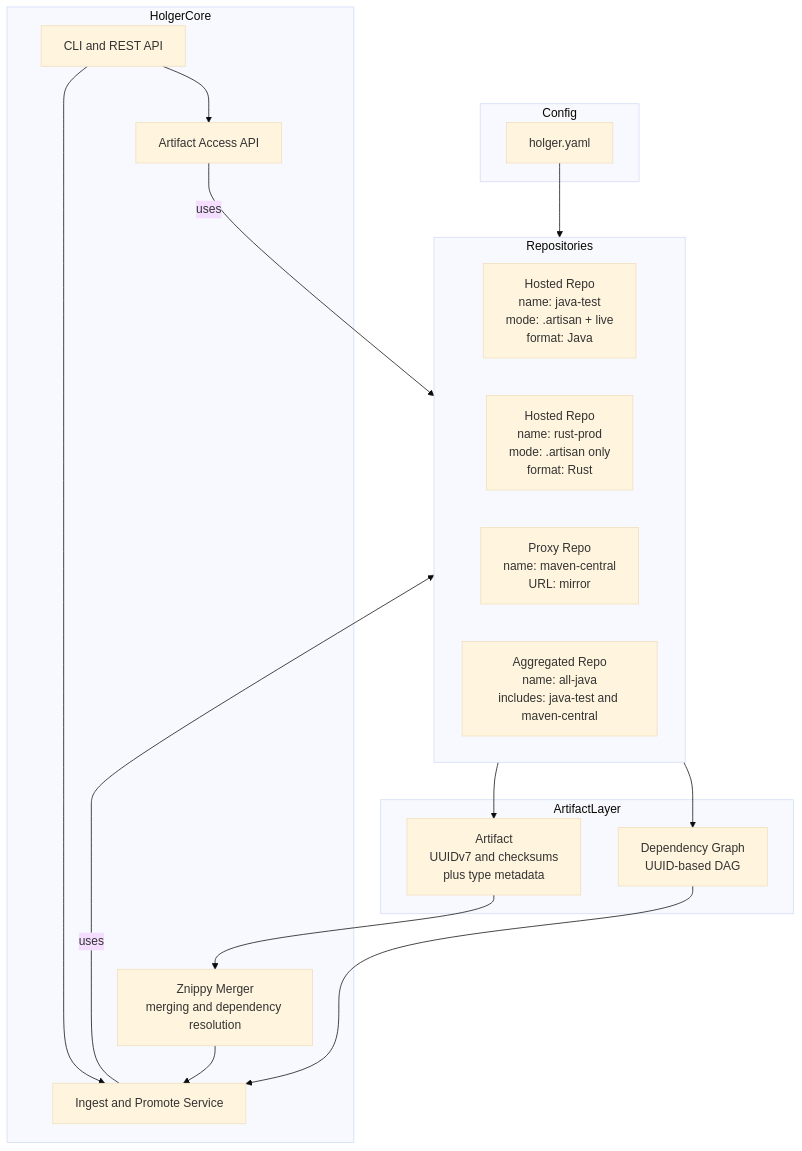
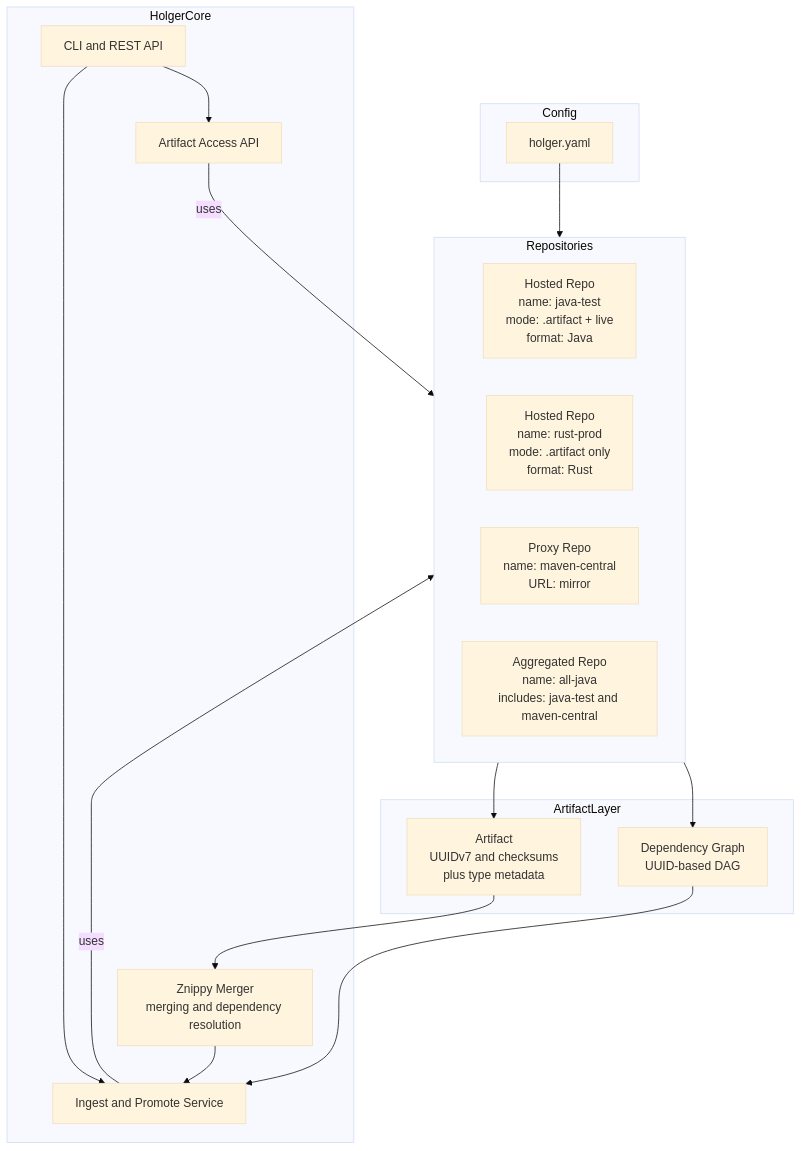
One commit to Ignalina/holger changed the second of 2 diagrams in README.md. Above: the diagram before and after it, drawn with Mermaid (base theme). The commit also changed other lines of this file and 5 other files, not shown here.

````diff
--- a/README.md
+++ b/README.md
@@ -100,44 +100,44 @@
 ```mermaid
 
 flowchart TD
 
 %% Konfiguration
 subgraph Config
     CFG[holger.yaml]
 end
 
 %% Repos
 subgraph Repositories
-    Hosted1[Hosted Repo\nname: java-test\nmode: .artisan + live\nformat: Java]
-    Hosted2[Hosted Repo\nname: rust-prod\nmode: .artisan only\nformat: Rust]
+    Hosted1[Hosted Repo\nname: java-test\nmode: .artifact + live\nformat: Java]
+    Hosted2[Hosted Repo\nname: rust-prod\nmode: .artifact only\nformat: Rust]
     Proxy1[Proxy Repo\nname: maven-central\nURL: mirror]
     Agg1[Aggregated Repo\nname: all-java\nincludes: java-test and maven-central]
 end
 
 %% Komponenter
 subgraph HolgerCore
     CLI[CLI and REST API]
     Promote[Ingest and Promote Service]
     Access[Artifact Access API]
     Merge[Znippy Merger\nmerging and dependency resolution]
 end
 
 %% Metadata
 subgraph ArtifactLayer
     Artifact[Artifact\nUUIDv7 and checksums\nplus type metadata]
     DepGraph[Dependency Graph\nUUID-based DAG]
 end
 
 %% Flöden
 CLI --> Promote
 CLI --> Access
 Promote -->|uses| Repositories
 Access -->|uses| Repositories
 Repositories --> Artifact
 Repositories --> DepGraph
 Merge --> Promote
 Artifact --> Merge
 DepGraph --> Promote
 CFG --> Repositories
 
 ```
````
